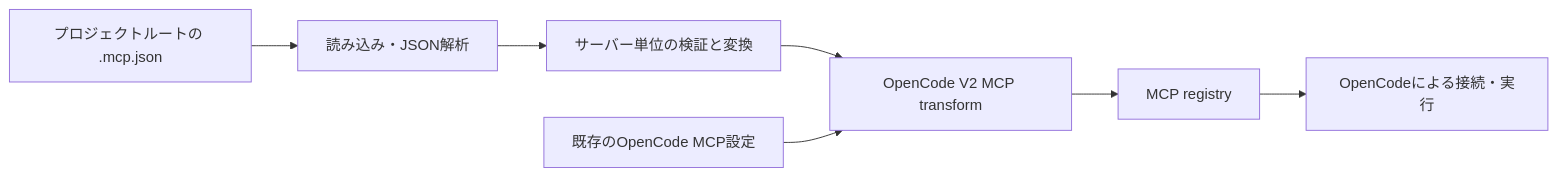
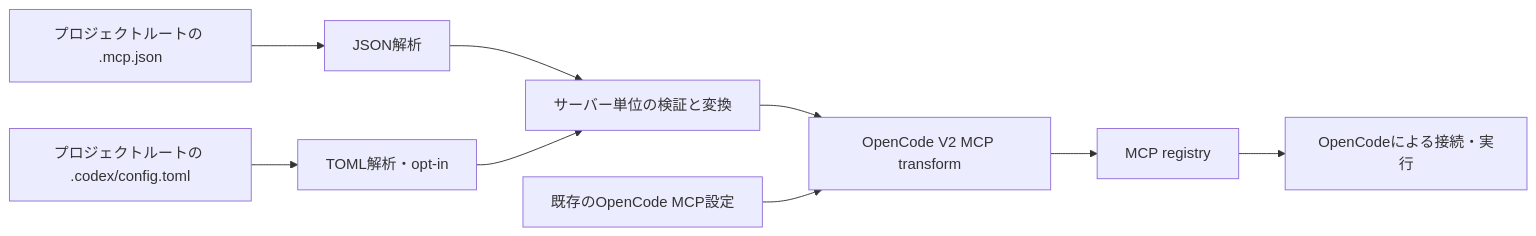
Before and after one commit to wizaman/opencode-mcp-config-importer: the diagram in docs/architecture.md, drawn with Mermaid. The commit also changed other lines of this file and 3 other files, not shown here.

Commit message:
docs: Codex MCP の取り込み範囲と検証手順を記載

````diff
--- a/docs/architecture.md
+++ b/docs/architecture.md
@@ -16,9 +16,11 @@
 ```mermaid
 flowchart LR
-    A[プロジェクトルートの .mcp.json] --> B[読み込み・JSON解析]
+    A[プロジェクトルートの .mcp.json] --> B[JSON解析]
+    X[プロジェクトルートの .codex/config.toml] --> Y[TOML解析・opt-in]
     B --> C[サーバー単位の検証と変換]
+    Y --> C
     C --> D[OpenCode V2 MCP transform]
     N[既存のOpenCode MCP設定] --> D
     D --> E[MCP registry]
     E --> F[OpenCodeによる接続・実行]
 ```
````
